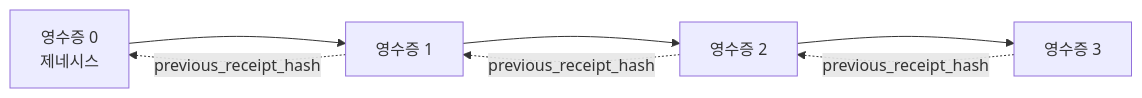
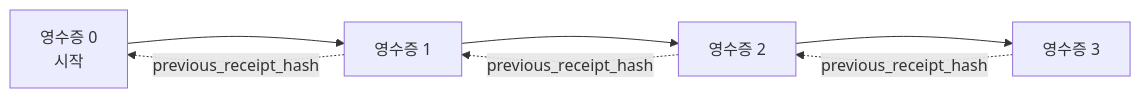
The second of 2 diagrams in mirrors/repos/microsoft@ai-agents-for-beginners/translations/ko/18-securing-ai-agents/README.md (gabrielmoreira/agent-skills-mirror), drawn with Mermaid before and after one commit. The commit also changed other lines of this file and 8886 other files, not shown here.

````diff
--- a/mirrors/repos/microsoft@ai-agents-for-beginners/translations/ko/18-securing-ai-agents/README.md
+++ b/mirrors/repos/microsoft@ai-agents-for-beginners/translations/ko/18-securing-ai-agents/README.md
@@ -206,9 +206,9 @@
 ```mermaid
 flowchart LR
-    R0[영수증 0<br/>제네시스] --> R1[영수증 1]
+    R0[영수증 0<br/>시작] --> R1[영수증 1]
     R1 --> R2[영수증 2]
     R2 --> R3[영수증 3]
     R1 -. previous_receipt_hash .-> R0
     R2 -. previous_receipt_hash .-> R1
     R3 -. previous_receipt_hash .-> R2
 ```
````
